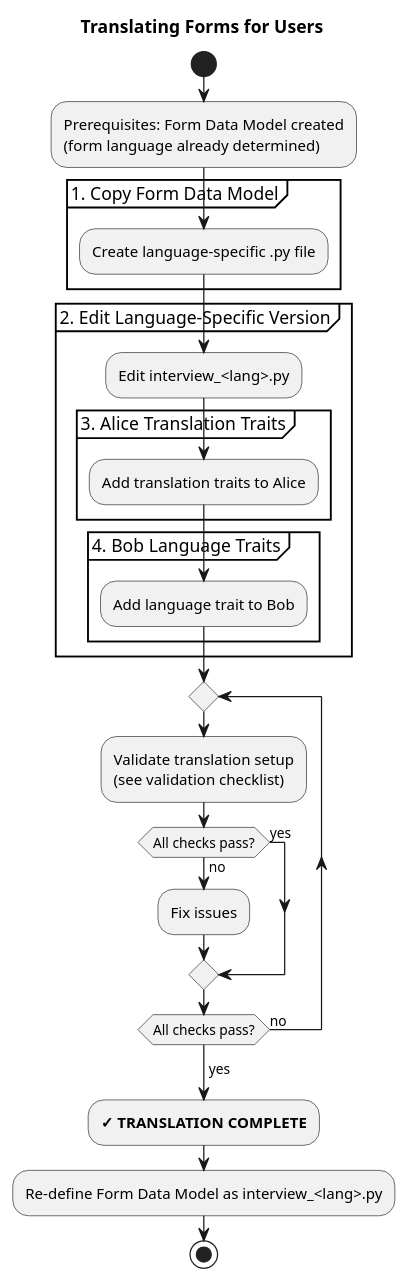
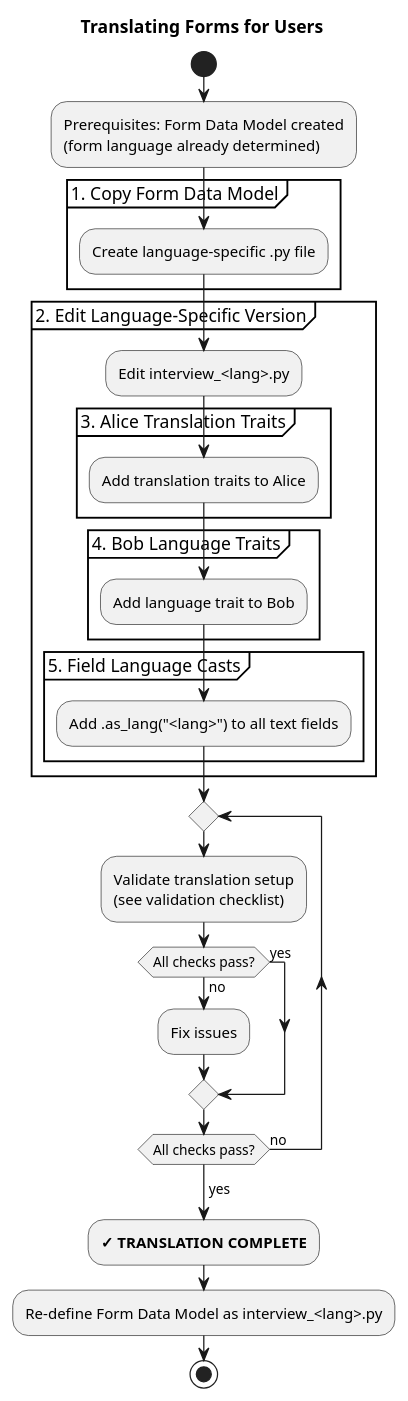
The diagram in Claude/filling-pdf-forms/skills/filling-pdf-forms/references/translating.md (jhs/Chatfield), drawn with PlantUML before and after one commit. The commit also changed other lines of this file and 1 other file, not shown here.

Commit message:
Simpler translation to the form language

````diff
--- a/Claude/filling-pdf-forms/skills/filling-pdf-forms/references/translating.md
+++ b/Claude/filling-pdf-forms/skills/filling-pdf-forms/references/translating.md
@@ -9,42 +9,46 @@
 ```plantuml
 @startuml translating
 
 title Translating Forms for Users
 
 start
 :Prerequisites: Form Data Model created\n(form language already determined);
 
 partition "1. Copy Form Data Model" {
   :Create language-specific .py file;
 }
 
 partition "2. Edit Language-Specific Version" {
   :Edit interview_<lang>.py;
 
   partition "3. Alice Translation Traits" {
     :Add translation traits to Alice;
   }
 
   partition "4. Bob Language Traits" {
     :Add language trait to Bob;
   }
+
+  partition "5. Field Language Casts" {
+    :Add .as_lang("<lang>") to all text fields;
+  }
 }
 
 repeat
   :Validate translation setup
   (see validation checklist);
 
   if (All checks pass?) then (yes)
   else (no)
     :Fix issues;
   endif
 repeat while (All checks pass?) is (no)
 ->yes;
 
 :**✓ TRANSLATION COMPLETE**;
 :Re-define Form Data Model as interview_<lang>.py;
 
 stop
 
 @enduml
 ```
````
